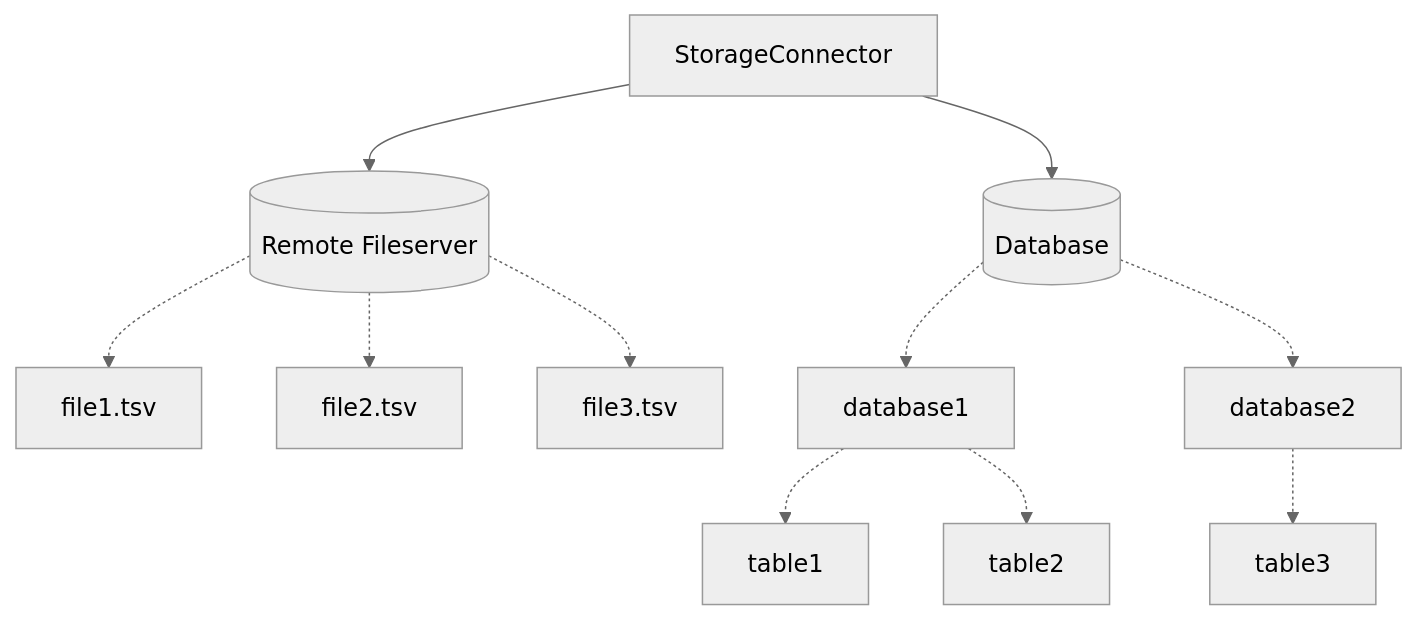
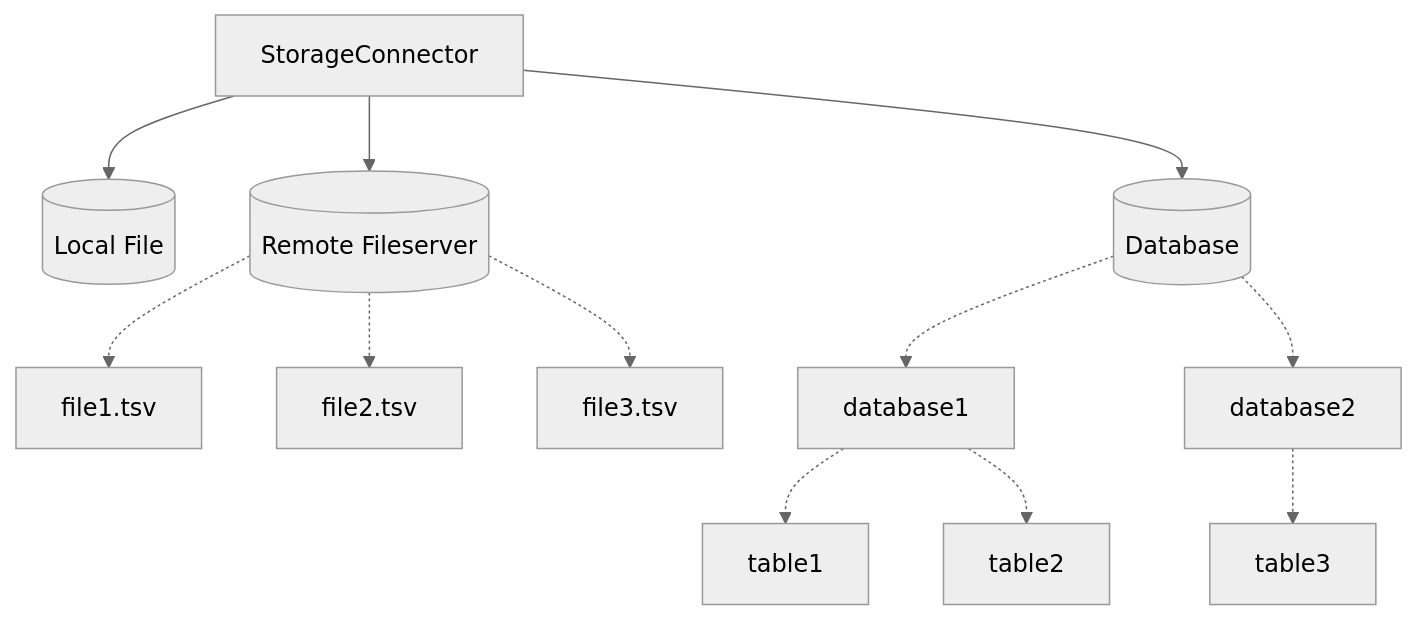
The second of 2 diagrams in src/04_core-architecture/common/configs_and_schemas.md (opengamedata/ogd-doc), drawn with Mermaid (neutral theme) before and after one commit.

Commit message:
Add local file to detailed chart.

````diff
--- a/src/04_core-architecture/common/configs_and_schemas.md
+++ b/src/04_core-architecture/common/configs_and_schemas.md
@@ -28,14 +28,15 @@
     ```{mermaid}
     flowchart TD
 
+    StorageConnector --> local[(Local File)]
     StorageConnector --> remote[(Remote Fileserver)]
     remote[(Remote Fileserver)] -.-> file1.tsv
     remote[(Remote Fileserver)] -.-> file2.tsv
     remote[(Remote Fileserver)] -.-> file3.tsv
     StorageConnector --> Database[(Database)]
     Database[(Database)] -.-> database1
     database1 -.-> table1
     database1 -.-> table2
     Database[(Database)] -.-> database2
     database2 -.-> table3
     ```
````
